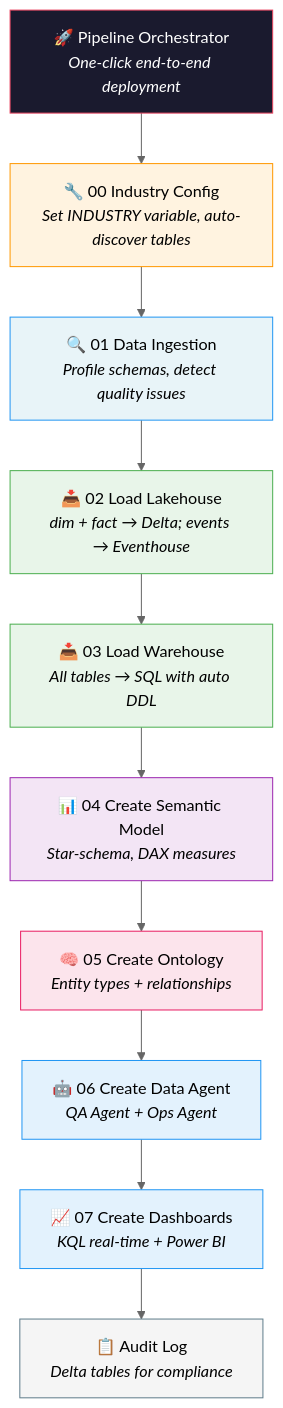
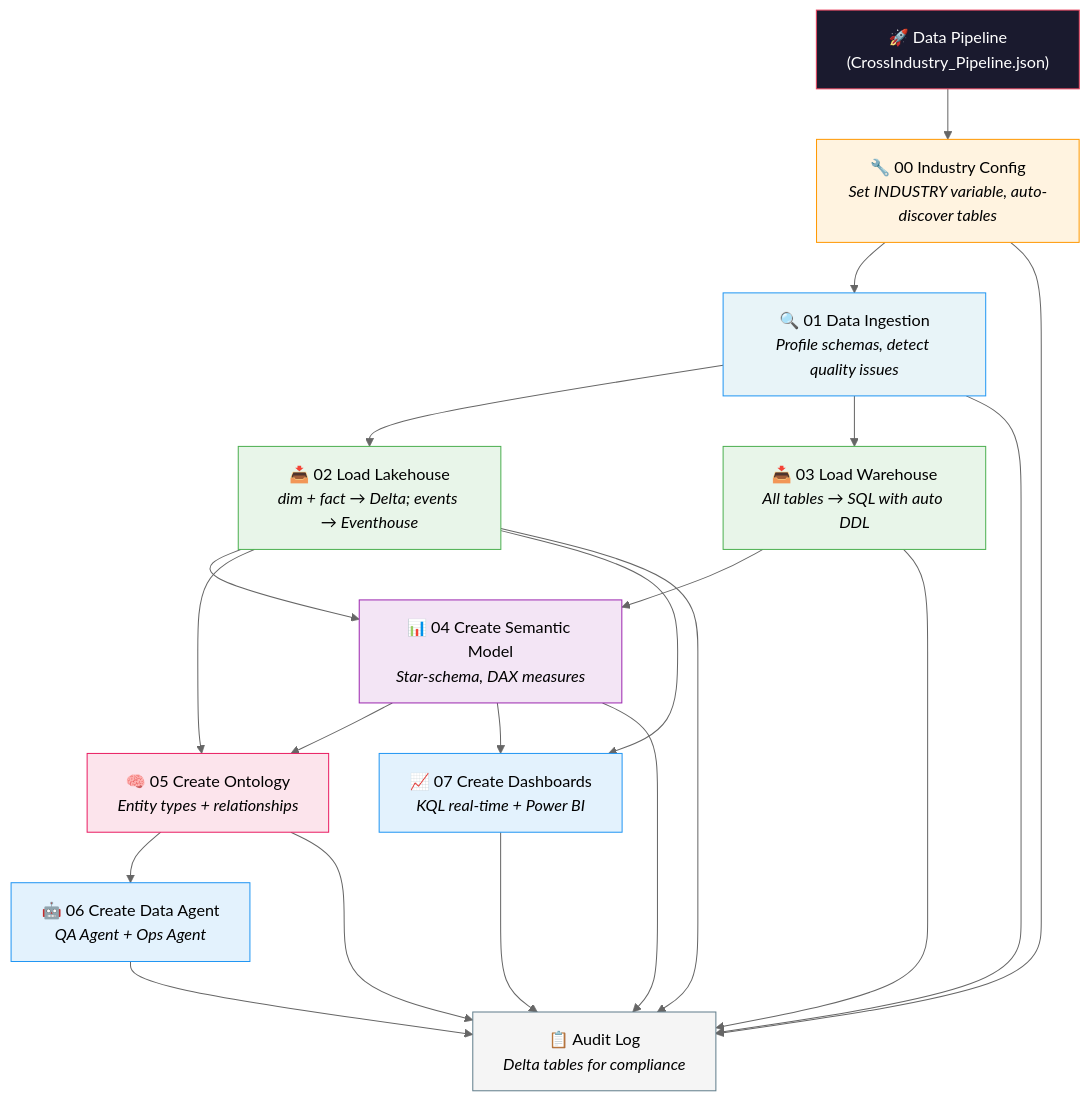
The second of 3 diagrams in README.md (jpbehera/fabriciq-cross-industry), drawn with Mermaid (neutral theme) before and after one commit. The commit also changed other lines of this file and 7 other files, not shown here.

Commit message:
Replace notebook orchestrator with Fabric Data Pipeline - add CrossIndustry_Pipeline.json, instrument notebooks 00-02 with Pipeline_Logger, add INSTRUMENTATION_GUIDE.md

````diff
--- a/README.md
+++ b/README.md
@@ -89,26 +98,43 @@
 ```mermaid
 flowchart TD
-    ORCH["🚀 Pipeline Orchestrator<br/><i>One-click end-to-end deployment</i>"]
+    PIPE["🚀 Data Pipeline<br/>(CrossIndustry_Pipeline.json)"]
     S0["🔧 00 Industry Config<br/><i>Set INDUSTRY variable, auto-discover tables</i>"]
     S1["🔍 01 Data Ingestion<br/><i>Profile schemas, detect quality issues</i>"]
     S2["📥 02 Load Lakehouse<br/><i>dim + fact → Delta; events → Eventhouse</i>"]
     S3["📥 03 Load Warehouse<br/><i>All tables → SQL with auto DDL</i>"]
     S4["📊 04 Create Semantic Model<br/><i>Star-schema, DAX measures</i>"]
     S5["🧠 05 Create Ontology<br/><i>Entity types + relationships</i>"]
     S6["🤖 06 Create Data Agent<br/><i>QA Agent + Ops Agent</i>"]
     S7["📈 07 Create Dashboards<br/><i>KQL real-time + Power BI</i>"]
     LOG["📋 Audit Log<br/><i>Delta tables for compliance</i>"]
 
-    ORCH --> S0 --> S1 --> S2 --> S3 --> S4 --> S5 --> S6 --> S7 --> LOG
+    PIPE --> S0 --> S1
+    S1 --> S2
+    S1 --> S3
+    S2 --> S4
+    S3 --> S4
+    S2 --> S5
+    S4 --> S5
+    S5 --> S6
+    S2 --> S7
+    S4 --> S7
+    S0 --> LOG
+    S1 --> LOG
+    S2 --> LOG
+    S3 --> LOG
+    S4 --> LOG
+    S5 --> LOG
+    S6 --> LOG
+    S7 --> LOG
 
-    style ORCH fill:#1a1a2e,stroke:#e94560,color:#fff
+    style PIPE fill:#1a1a2e,stroke:#e94560,color:#fff
     style S0 fill:#fff3e0,stroke:#FF9800
     style S1 fill:#e8f4f8,stroke:#2196F3
     style S2 fill:#e8f5e9,stroke:#4CAF50
     style S3 fill:#e8f5e9,stroke:#4CAF50
     style S4 fill:#f3e5f5,stroke:#9C27B0
     style S5 fill:#fce4ec,stroke:#E91E63
     style S6 fill:#e3f2fd,stroke:#2196F3
     style S7 fill:#e3f2fd,stroke:#2196F3
     style LOG fill:#f5f5f5,stroke:#607D8B
 ```
````
